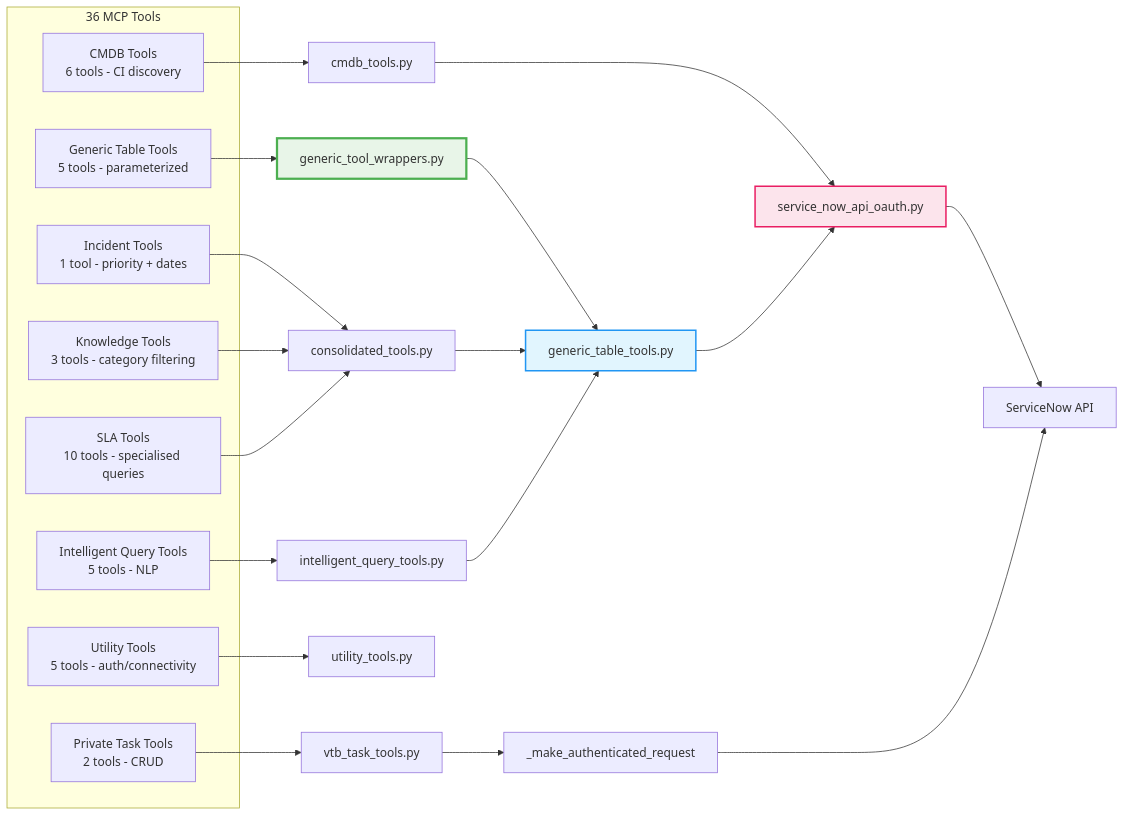
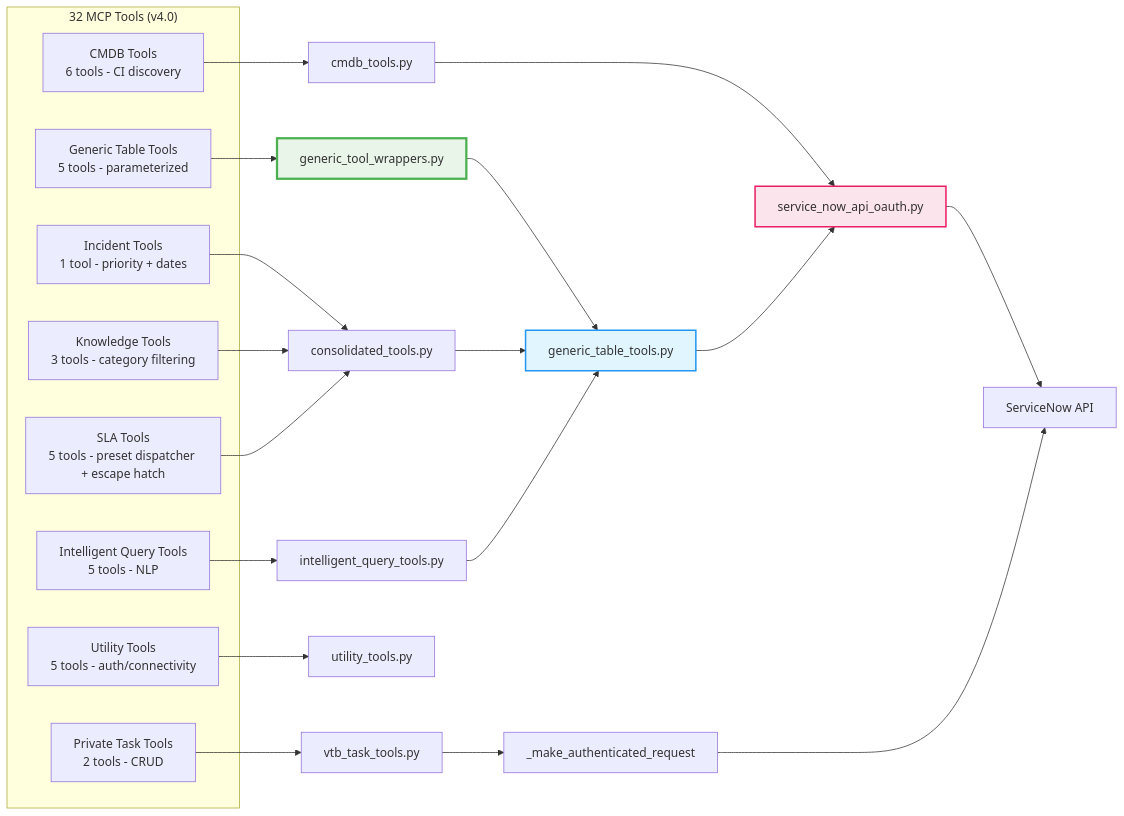
Before and after one commit to Papamzor/personal-mcp-servicenow: the second of 3 diagrams in Diagrams & Documentation/03-tool-organization.md, drawn with Mermaid. The commit also changed other lines of this file and 2 other files, not shown here.

Commit message:
docs(v4.0): update architecture diagrams for filter/ package + SLA collapse
- 01-architecture-overview.md: added "Filter Pipeline (v4.0)" subgraph;
  replaced query_intelligence.py / query_validation.py boxes; updated
  Files Added/Enhanced section with Sprint 1 + Sprint 2 + Sprint 3
  status; tool count 36 -> 32.
- 03-tool-organization.md: SLA box rephrased ("5 tools - preset
  dispatcher + escape hatch"); consolidated_tools tool count 14 -> 9;
  v4.0 SLA tool list inlined.
- 06-sla-architecture-flow.md: top-of-file note + v3 -> v4 mapping
  table. The mermaid diagrams still show the v3 tool names; full
  redraw deferred to a follow-up.

````diff
--- a/Diagrams & Documentation/03-tool-organization.md
+++ b/Diagrams & Documentation/03-tool-organization.md
@@ -49,35 +49,35 @@
 ```mermaid
 graph LR
-    subgraph "36 MCP Tools"
+    subgraph "32 MCP Tools (v4.0)"
         A[Generic Table Tools<br/>5 tools - parameterized]
         B[Incident Tools<br/>1 tool - priority + dates]
         C[Knowledge Tools<br/>3 tools - category filtering]
         D[CMDB Tools<br/>6 tools - CI discovery]
         E[Private Task Tools<br/>2 tools - CRUD]
-        F[SLA Tools<br/>10 tools - specialised queries]
+        F[SLA Tools<br/>5 tools - preset dispatcher + escape hatch]
         G[Utility Tools<br/>5 tools - auth/connectivity]
         H[Intelligent Query Tools<br/>5 tools - NLP]
     end
 
     A --> I[generic_tool_wrappers.py]
     B --> J[consolidated_tools.py]
     C --> J
     F --> J
     D --> K[cmdb_tools.py]
     E --> L[vtb_task_tools.py]
     G --> M[utility_tools.py]
     H --> N[intelligent_query_tools.py]
 
     I --> O[generic_table_tools.py]
     J --> O
     K --> P[service_now_api_oauth.py]
     L --> Q[_make_authenticated_request]
     N --> O
     O --> P
     P --> R[ServiceNow API]
     Q --> R
 
     style I fill:#e8f5e8,stroke:#4caf50,stroke-width:3px
     style O fill:#e1f5fe,stroke:#2196f3,stroke-width:2px
     style P fill:#fce4ec,stroke:#e91e63,stroke-width:2px
 ```
````
